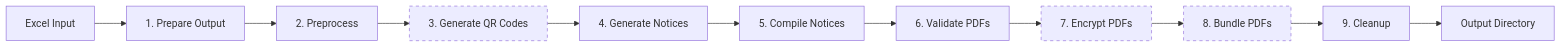
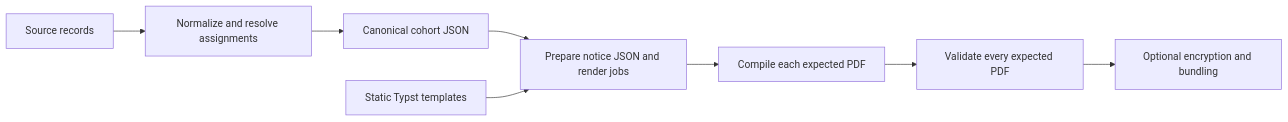
The diagram in docs/reference/architecture.md (WDGPH/ImmuKnow), drawn with Mermaid before and after one commit. The commit also changed other lines of this file and 14 other files, not shown here.

````diff
--- a/docs/reference/architecture.md
+++ b/docs/reference/architecture.md
@@ -11,17 +8,10 @@
 ```mermaid
 flowchart LR
-    A[Excel Input] --> S1[1. Prepare Output]
-    S1 --> S2[2. Preprocess]
-    S2 --> S3[3. Generate QR Codes]
-    S3 --> S4[4. Generate Notices]
-    S4 --> S5[5. Compile Notices]
-    S5 --> S6[6. Validate PDFs]
-    S6 --> S7[7. Encrypt PDFs]
-    S7 --> S8[8. Bundle PDFs]
-    S8 --> S9[9. Cleanup]
-    S9 --> Z[Output Directory]
-
-    style S3 stroke-dasharray: 5 5
-    style S7 stroke-dasharray: 5 5
-    style S8 stroke-dasharray: 5 5
+    A[Source records] --> B[Normalize and resolve assignments]
+    B --> C[Canonical cohort JSON]
+    C --> D[Prepare notice JSON and render jobs]
+    T[Static Typst templates] --> D
+    D --> E[Compile each expected PDF]
+    E --> F[Validate every expected PDF]
+    F --> G[Optional encryption and bundling]
 ```
````
